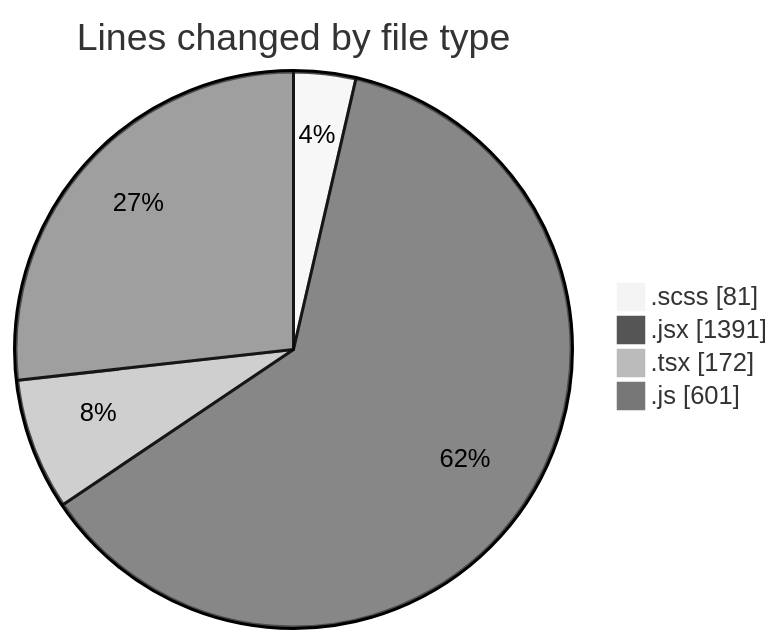
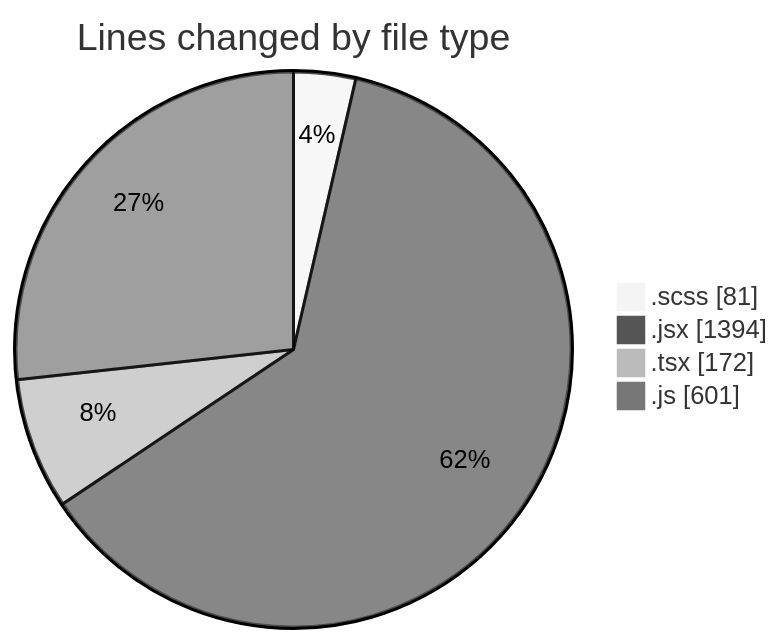
One commit to momahboobian/code-tracking changed the first of 2 diagrams in 2025-06-03/cda/README.md. Above: the diagram before and after it, drawn with Mermaid (neutral theme). The commit also changed other lines of this file and 1 other file, not shown here.

````diff
--- a/2025-06-03/cda/README.md
+++ b/2025-06-03/cda/README.md
@@ -25,8 +25,8 @@
 ```mermaid
 pie showData
 title Lines changed by file type
 ".scss" : 81
-".jsx" : 1391
+".jsx" : 1394
 ".tsx" : 172
 ".js" : 601
 ```
````
